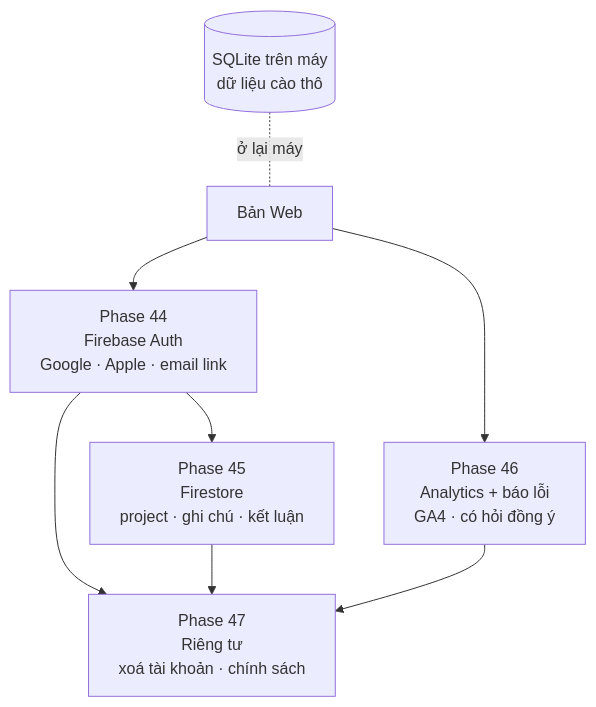
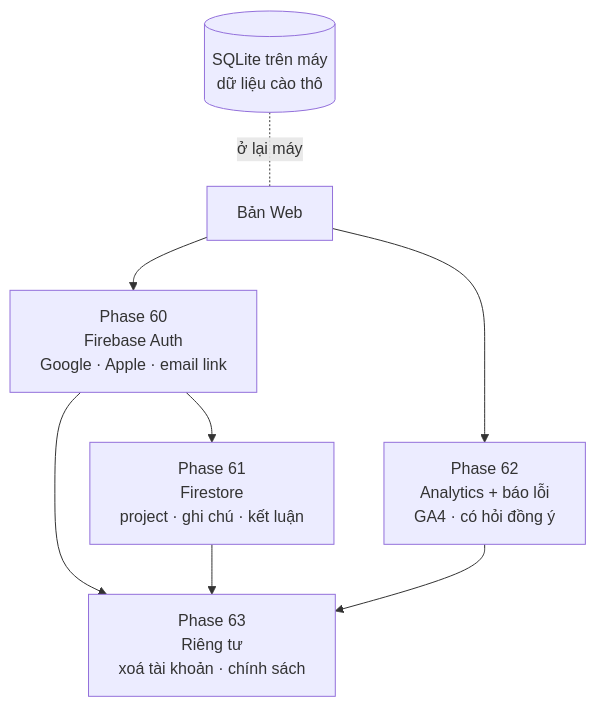
The diagram in docs/web/version-9.md (nvminhtu/niche-radar-docs), drawn with Mermaid before and after one commit. The commit also changed other lines of this file and 206 other files, not shown here.

Commit message:
docs: Phase 9b Reddit Gap + Phase 10–25 làm kỹ tính năng chính, số phase cũ lùi 16

````diff
--- a/docs/web/version-9.md
+++ b/docs/web/version-9.md
@@ -21,8 +21,8 @@
 ```mermaid
 flowchart TB
-  APP[Bản Web] --> AUTH[Phase 44<br/>Firebase Auth<br/>Google · Apple · email link]
-  AUTH --> FS[Phase 45<br/>Firestore<br/>project · ghi chú · kết luận]
-  APP --> AN[Phase 46<br/>Analytics + báo lỗi<br/>GA4 · có hỏi đồng ý]
-  AUTH & FS & AN --> PV[Phase 47<br/>Riêng tư<br/>xoá tài khoản · chính sách]
+  APP[Bản Web] --> AUTH[Phase 60<br/>Firebase Auth<br/>Google · Apple · email link]
+  AUTH --> FS[Phase 61<br/>Firestore<br/>project · ghi chú · kết luận]
+  APP --> AN[Phase 62<br/>Analytics + báo lỗi<br/>GA4 · có hỏi đồng ý]
+  AUTH & FS & AN --> PV[Phase 63<br/>Riêng tư<br/>xoá tài khoản · chính sách]
   LOCAL[(SQLite trên máy<br/>dữ liệu cào thô)] -.ở lại máy.- APP
 ```
````
